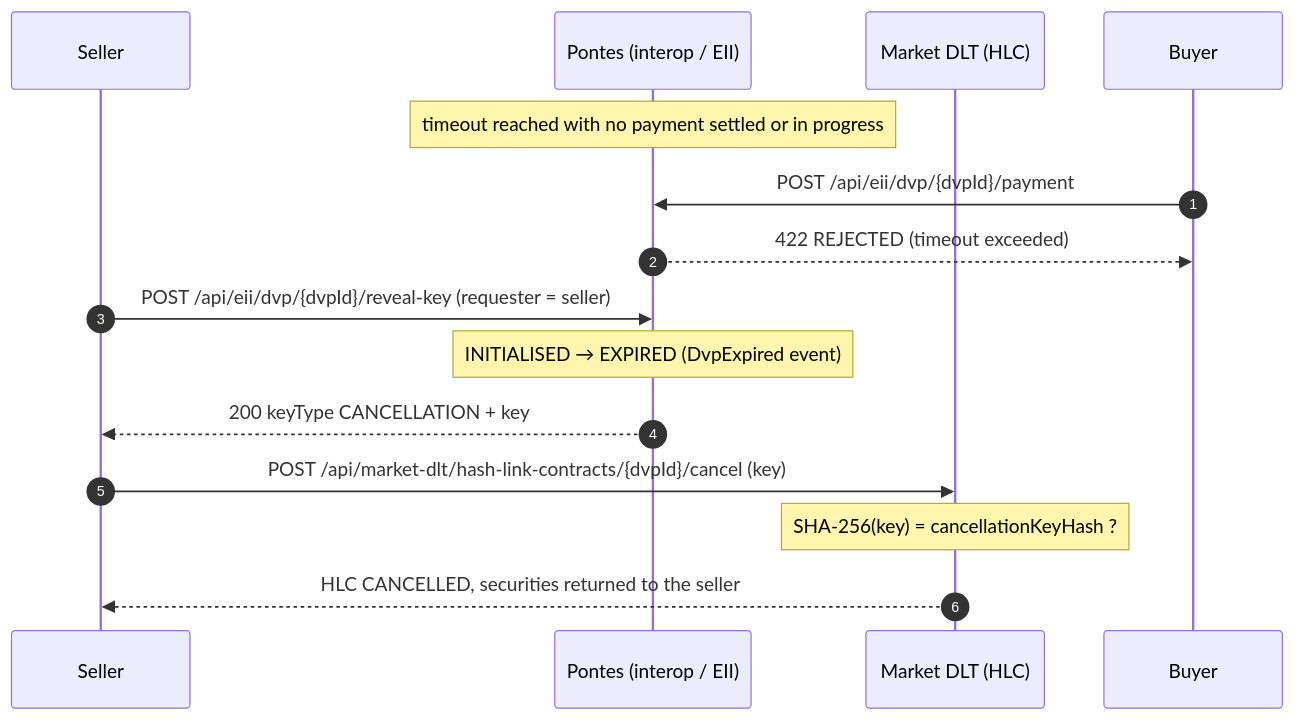
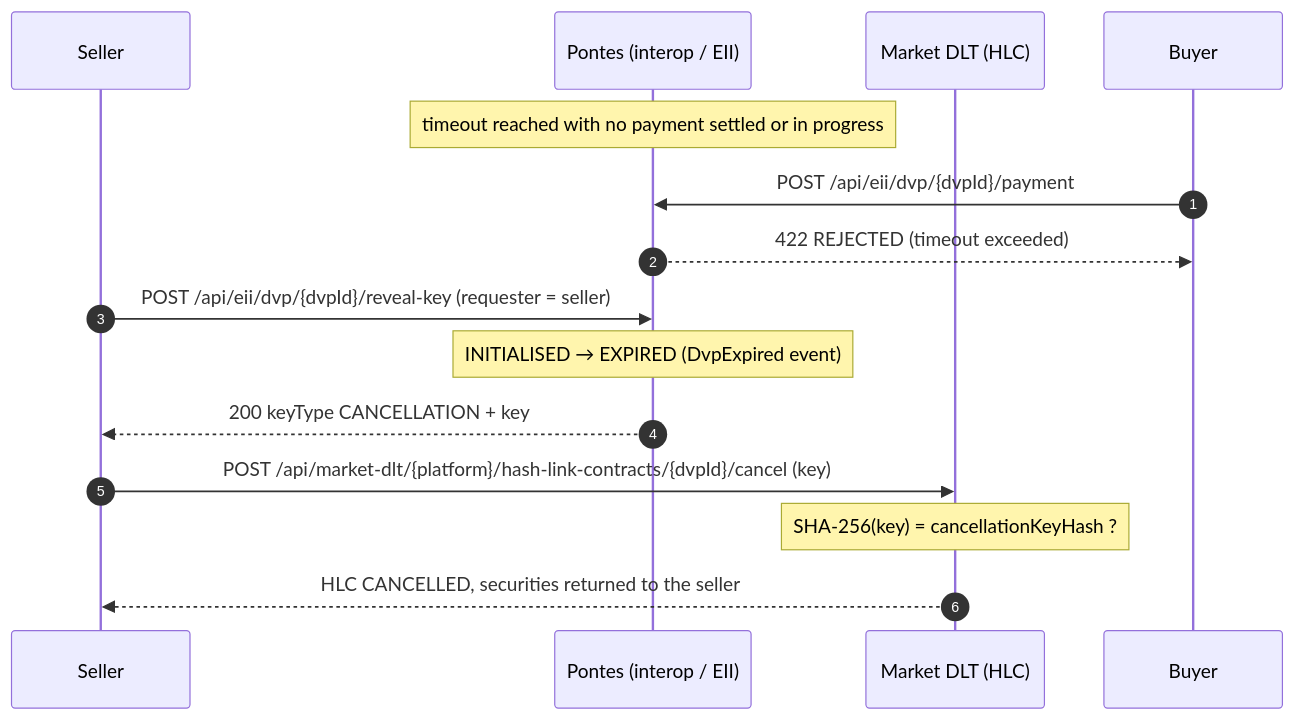
One commit to Bonnai2112/pontes-dlt-settlement changed the fourth of 5 diagrams in README.md. Above: the diagram before and after it, drawn with Mermaid. The commit also changed other lines of this file and 69 other files, not shown here.

First line of the commit message:
Market DLT platforms on Besu with ERC-3643 securities (#1)

````diff
--- a/README.md
+++ b/README.md
@@ -194,17 +203,17 @@
 ```mermaid
 sequenceDiagram
     autonumber
     participant V as Seller
     participant EII as Pontes (interop / EII)
     participant MK as Market DLT (HLC)
     participant A as Buyer
     Note over EII: timeout reached with no payment settled or in progress
     A->>EII: POST /api/eii/dvp/{dvpId}/payment
     EII-->>A: 422 REJECTED (timeout exceeded)
     V->>EII: POST /api/eii/dvp/{dvpId}/reveal-key (requester = seller)
     Note over EII: INITIALISED → EXPIRED (DvpExpired event)
     EII-->>V: 200 keyType CANCELLATION + key
-    V->>MK: POST /api/market-dlt/hash-link-contracts/{dvpId}/cancel (key)
+    V->>MK: POST /api/market-dlt/{platform}/hash-link-contracts/{dvpId}/cancel (key)
     Note over MK: SHA-256(key) = cancellationKeyHash ?
     MK-->>V: HLC CANCELLED, securities returned to the seller
 ```
````
